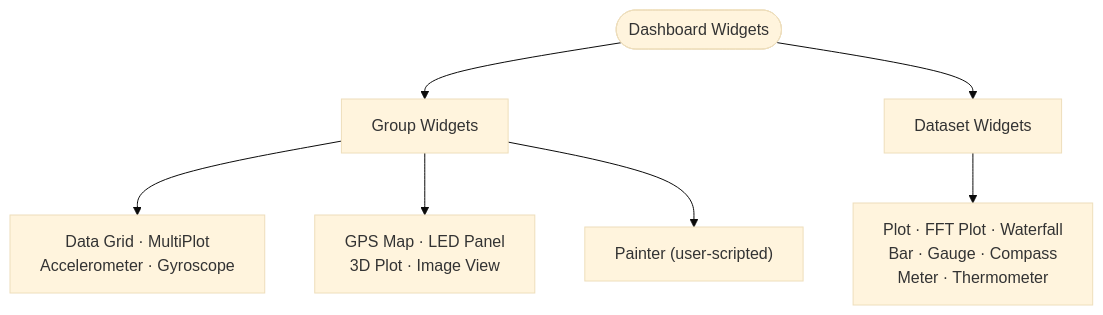
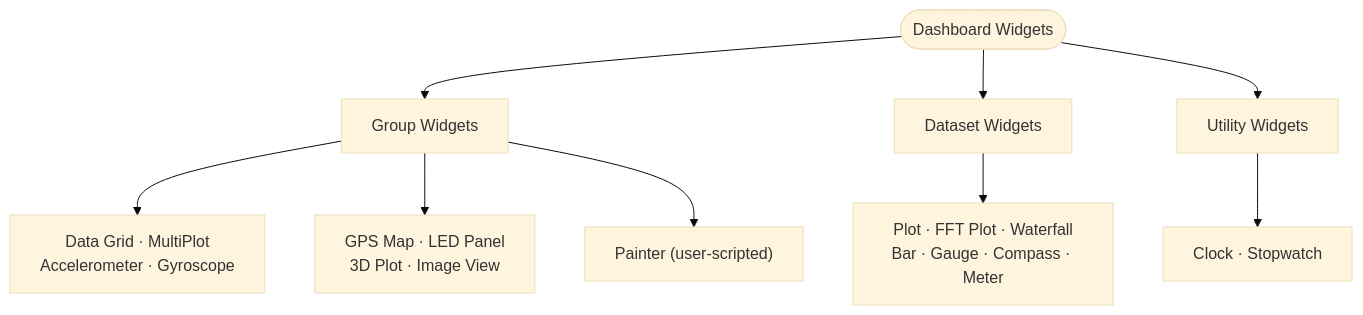
One commit to Serial-Studio/Serial-Studio changed the diagram in doc/help/Widget-Reference.md. Above: the diagram before and after it, drawn with Mermaid (base theme). The commit also changed other lines of this file and 20 other files, not shown here.

First line of the commit message:
fix(widgets): rework Compass to match dashboard widget styling

````diff
--- a/doc/help/Widget-Reference.md
+++ b/doc/help/Widget-Reference.md
@@ -11,12 +11,15 @@
 ```mermaid
 flowchart TD
     Root(["Dashboard Widgets"])
     Root --> Group["Group Widgets"]
     Root --> Dataset["Dataset Widgets"]
 
     Group --> G1["Data Grid · MultiPlot<br/>Accelerometer · Gyroscope"]
     Group --> G2["GPS Map · LED Panel<br/>3D Plot · Image View"]
     Group --> G3["Painter (user-scripted)"]
 
-    Dataset --> D1["Plot · FFT Plot · Waterfall<br/>Bar · Gauge · Compass<br/>Meter · Thermometer"]
+    Dataset --> D1["Plot · FFT Plot · Waterfall<br/>Bar · Gauge · Compass · Meter"]
+
+    Root --> Utility["Utility Widgets"]
+    Utility --> U1["Clock · Stopwatch"]
 ```
````
